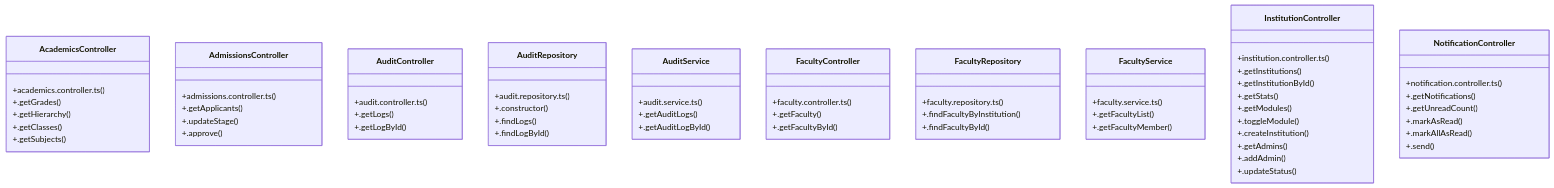
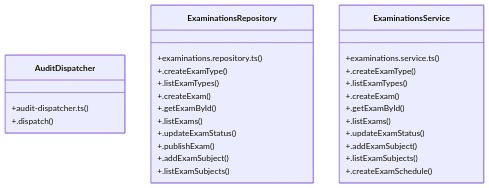
The diagram in graphify-out/wiki/[sendSuccess()_&_InstitutionRepository]_Cluster.md (laxminivas06/vidforum), drawn with Mermaid before and after one commit. The commit also changed other lines of this file and 208 other files, not shown here.

````diff
--- a/graphify-out/wiki/[sendSuccess()_&_InstitutionRepository]_Cluster.md
+++ b/graphify-out/wiki/[sendSuccess()_&_InstitutionRepository]_Cluster.md
@@ -36,67 +36,31 @@
 ```mermaid
 classDiagram
-    class AcademicsController {
-        +academics.controller.ts()
-        +.getGrades()
-        +.getHierarchy()
-        +.getClasses()
-        +.getSubjects()
+    class AuditDispatcher {
+        +audit-dispatcher.ts()
+        +.dispatch()
     }
-    class AdmissionsController {
-        +admissions.controller.ts()
-        +.getApplicants()
-        +.updateStage()
-        +.approve()
+    class ExaminationsRepository {
+        +examinations.repository.ts()
+        +.createExamType()
+        +.listExamTypes()
+        +.createExam()
+        +.getExamById()
+        +.listExams()
+        +.updateExamStatus()
+        +.publishExam()
+        +.addExamSubject()
+        +.listExamSubjects()
     }
-    class AuditController {
-        +audit.controller.ts()
-        +.getLogs()
-        +.getLogById()
-    }
-    class AuditRepository {
-        +audit.repository.ts()
-        +.constructor()
-        +.findLogs()
-        +.findLogById()
-    }
-    class AuditService {
-        +audit.service.ts()
-        +.getAuditLogs()
-        +.getAuditLogById()
-    }
-    class FacultyController {
-        +faculty.controller.ts()
-        +.getFaculty()
-        +.getFacultyById()
-    }
-    class FacultyRepository {
-        +faculty.repository.ts()
-        +.findFacultyByInstitution()
-        +.findFacultyById()
-    }
-    class FacultyService {
-        +faculty.service.ts()
-        +.getFacultyList()
-        +.getFacultyMember()
-    }
-    class InstitutionController {
-        +institution.controller.ts()
-        +.getInstitutions()
-        +.getInstitutionById()
-        +.getStats()
-        +.getModules()
-        +.toggleModule()
-        +.createInstitution()
-        +.getAdmins()
-        +.addAdmin()
-        +.updateStatus()
-    }
-    class NotificationController {
-        +notification.controller.ts()
-        +.getNotifications()
-        +.getUnreadCount()
-        +.markAsRead()
-        +.markAllAsRead()
-        +.send()
+    class ExaminationsService {
+        +examinations.service.ts()
+        +.createExamType()
+        +.listExamTypes()
+        +.createExam()
+        +.getExamById()
+        +.listExams()
+        +.updateExamStatus()
+        +.addExamSubject()
+        +.listExamSubjects()
+        +.createExamSchedule()
     }
 ```
````
